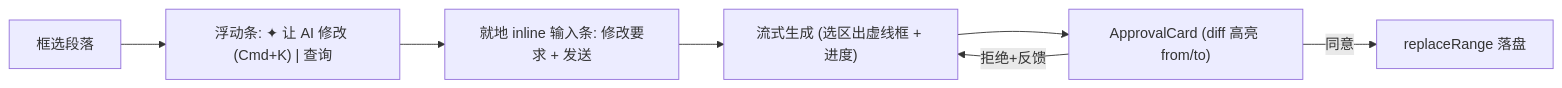
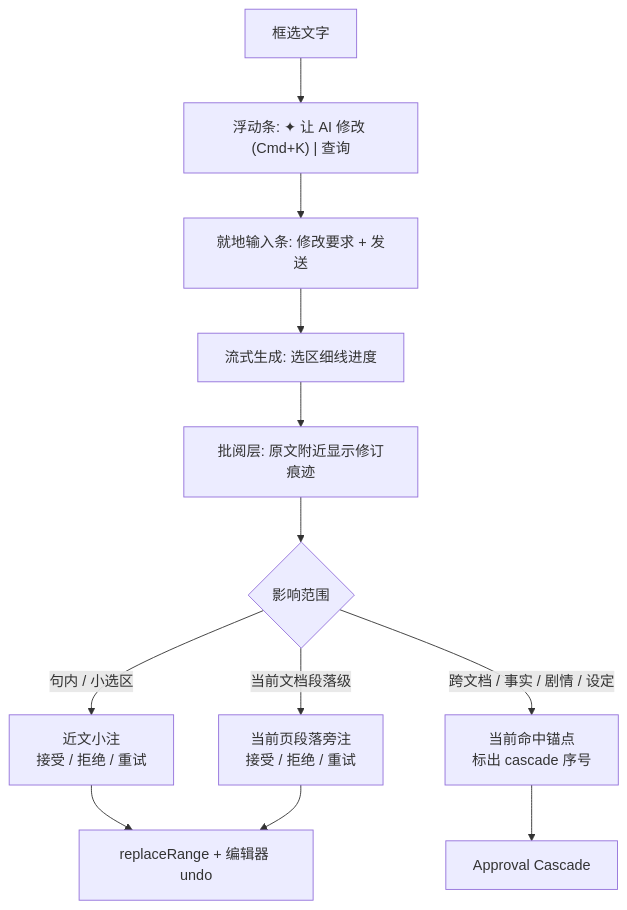
The third of 3 diagrams in design/06-command-palette.md (jinhuang712/open-novel), drawn with Mermaid before and after one commit. The commit also changed other lines of this file and 13 other files, not shown here.

Commit message:
docs: define inline review approval path

````diff
--- a/design/06-command-palette.md
+++ b/design/06-command-palette.md
@@ -56,9 +56,14 @@
 ```mermaid
-flowchart LR
-  SEL[框选段落] --> BTN["浮动条: ✦ 让 AI 修改 (Cmd+K) | 查询"]
-  BTN --> INPUT["就地 inline 输入条: 修改要求 + 发送"]
-  INPUT --> GEN["流式生成 (选区出虚线框 + 进度)"]
-  GEN --> CARD["ApprovalCard (diff 高亮 from/to)"]
-  CARD -->|同意| APPLY[replaceRange 落盘]
-  CARD -->|拒绝+反馈| GEN
+flowchart TB
+  SEL[框选文字] --> BTN["浮动条: ✦ 让 AI 修改 (Cmd+K) | 查询"]
+  BTN --> INPUT["就地输入条: 修改要求 + 发送"]
+  INPUT --> GEN["流式生成: 选区细线进度"]
+  GEN --> REVIEW["批阅层: 原文附近显示修订痕迹"]
+  REVIEW --> SCOPE{影响范围}
+  SCOPE -->|句内 / 小选区| INLINE["近文小注<br/>接受 / 拒绝 / 重试"]
+  SCOPE -->|当前文档段落级| MARGIN["当前页段落旁注<br/>接受 / 拒绝 / 重试"]
+  SCOPE -->|跨文档 / 事实 / 剧情 / 设定| ANCHOR["当前命中锚点<br/>标出 cascade 序号"]
+  INLINE --> APPLY[replaceRange + 编辑器 undo]
+  MARGIN --> APPLY
+  ANCHOR --> CASCADE[Approval Cascade]
 ```
````
